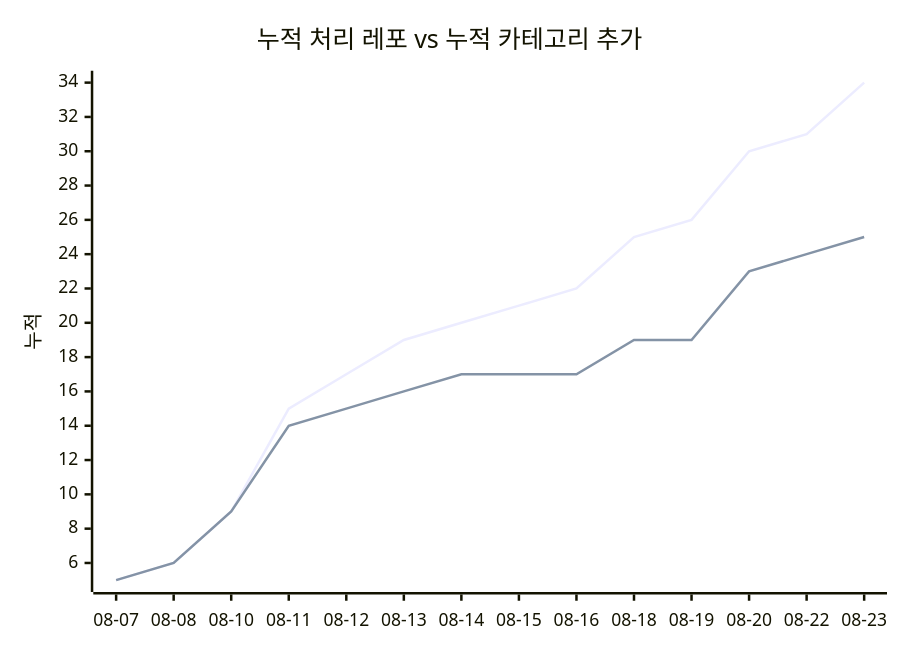
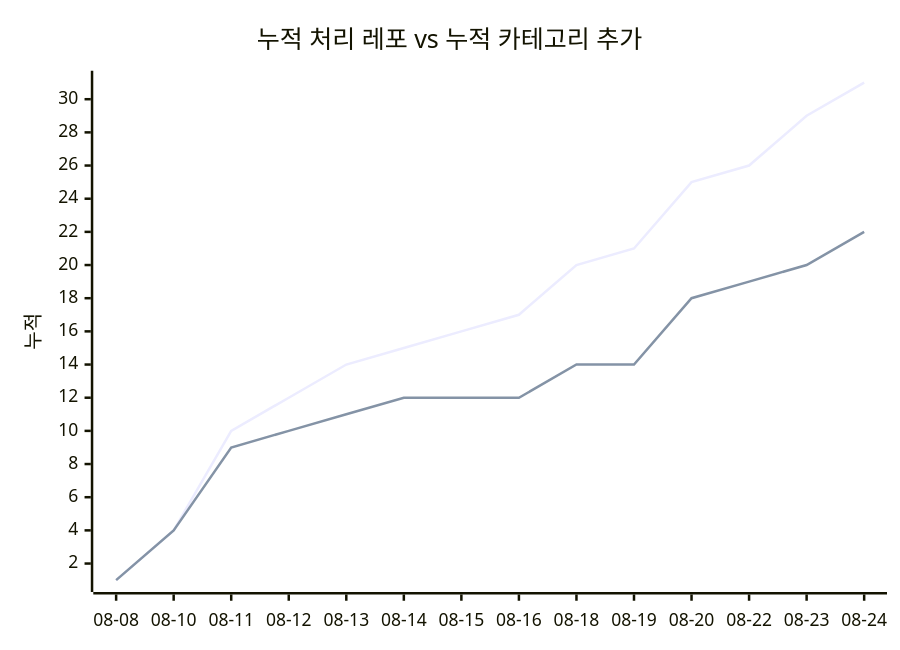
Before and after one commit to J-nowcow/awesome-korean-agent-skills: the second of 2 diagrams in docs/trends.md, drawn with Mermaid. The commit also changed other lines of this file and 5 other files, not shown here.

````diff
--- a/docs/trends.md
+++ b/docs/trends.md
@@ -68,8 +68,8 @@
 ```mermaid
 xychart-beta
     title "누적 처리 레포 vs 누적 카테고리 추가"
-    x-axis ["08-07","08-08","08-10","08-11","08-12","08-13","08-14","08-15","08-16","08-18","08-19","08-20","08-22","08-23"]
+    x-axis ["08-08","08-10","08-11","08-12","08-13","08-14","08-15","08-16","08-18","08-19","08-20","08-22","08-23","08-24"]
     y-axis "누적"
-    line [5,6,9,15,17,19,20,21,22,25,26,30,31,34]
-    line [5,6,9,14,15,16,17,17,17,19,19,23,24,25]
+    line [1,4,10,12,14,15,16,17,20,21,25,26,29,31]
+    line [1,4,9,10,11,12,12,12,14,14,18,19,20,22]
 ```
````
